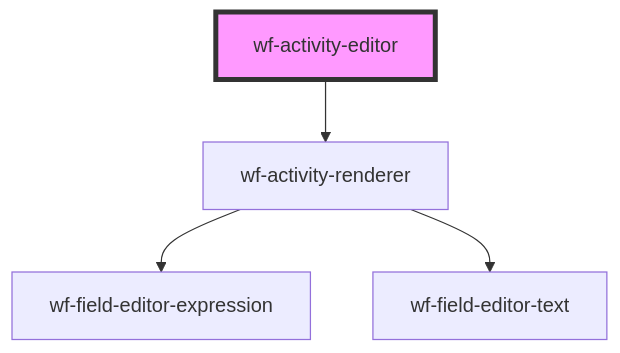
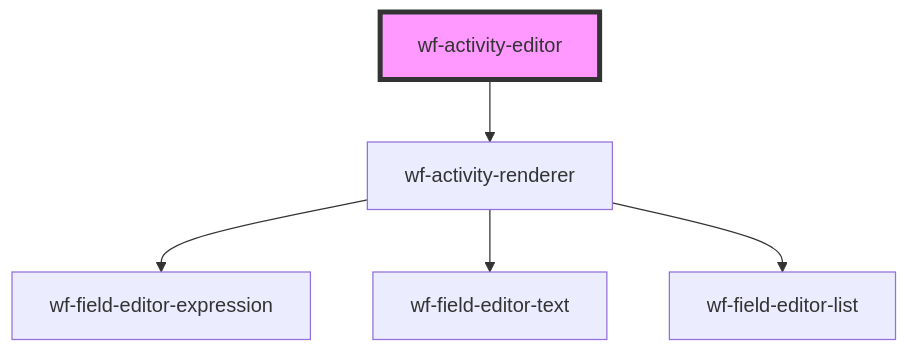
One commit to elsa-workflows/elsa-designer changed the diagram in src/components/workflow-designer/activity-editor/readme.md. Above: the diagram before and after it, drawn with Mermaid. The commit also changed 25 other files, not shown here.

````diff
--- a/src/components/workflow-designer/activity-editor/readme.md
+++ b/src/components/workflow-designer/activity-editor/readme.md
@@ -30,7 +30,8 @@
 ```mermaid
 graph TD;
   wf-activity-editor --> wf-activity-renderer
   wf-activity-renderer --> wf-field-editor-expression
   wf-activity-renderer --> wf-field-editor-text
+  wf-activity-renderer --> wf-field-editor-list
   style wf-activity-editor fill:#f9f,stroke:#333,stroke-width:4px
 ```
````
